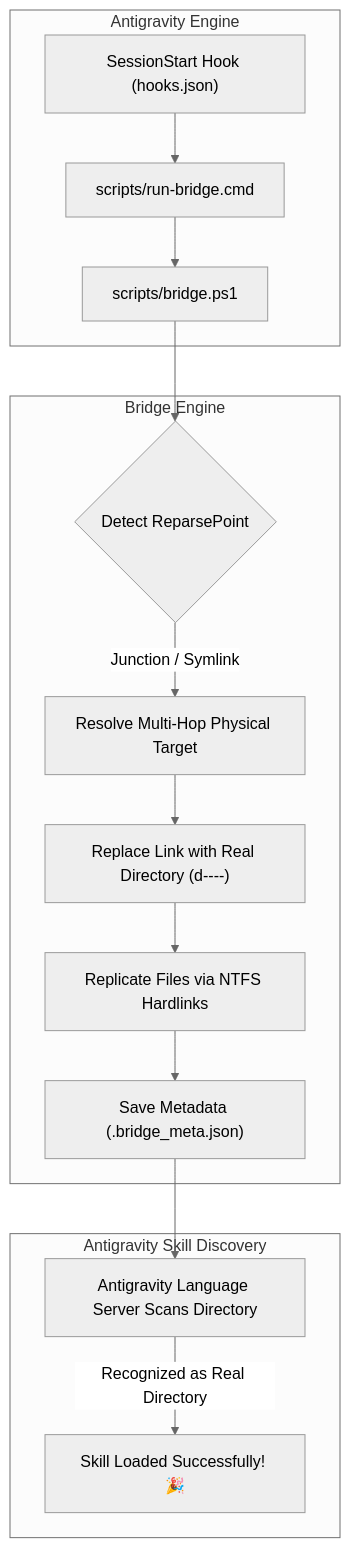
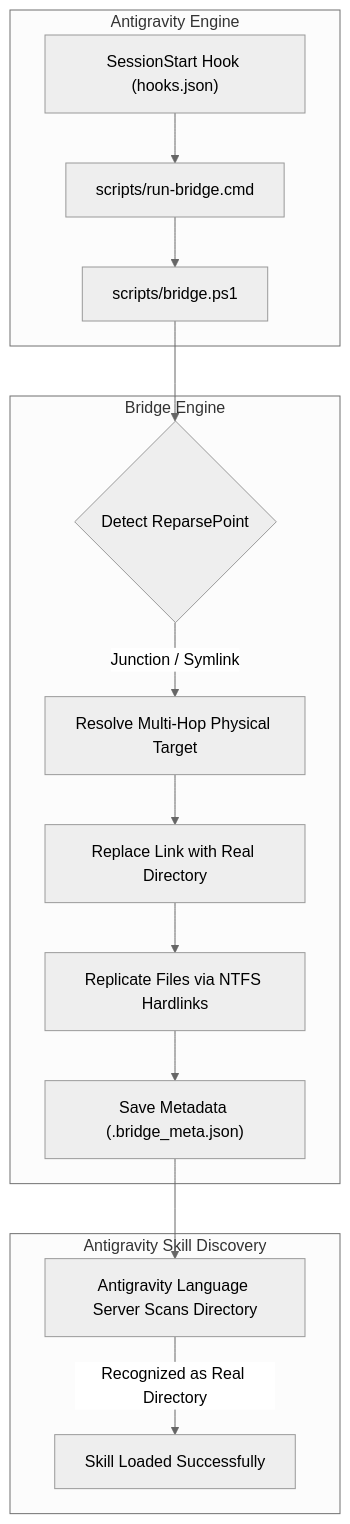
Before and after one commit to wllzhang/antigravity-junction-skill-fix: the diagram in README.md, drawn with Mermaid (neutral theme). The commit also changed 1 other file, not shown here.

Commit message:
fix(docs): move cross-subgraph Mermaid edges outside subgraphs and use explicit IDs for GitHub rendering

````diff
--- a/README.md
+++ b/README.md
@@ -29,20 +29,21 @@
 ```mermaid
 flowchart TD
-    subgraph Antigravity Engine
+    subgraph engine ["Antigravity Engine"]
         A["SessionStart Hook (hooks.json)"] --> B["scripts/run-bridge.cmd"]
         B --> C["scripts/bridge.ps1"]
     end
 
-    subgraph Bridge Engine
-        C --> D{"Detect ReparsePoint"}
-        D -->|"Junction / Symlink"| E["Resolve Multi-Hop Physical Target"]
-        E --> F["Replace Link with Real Directory (d----)"]
+    subgraph bridge ["Bridge Engine"]
+        D{"Detect ReparsePoint"} -->|"Junction / Symlink"| E["Resolve Multi-Hop Physical Target"]
+        E --> F["Replace Link with Real Directory"]
         F --> G["Replicate Files via NTFS Hardlinks"]
         G --> H["Save Metadata (.bridge_meta.json)"]
     end
 
-    subgraph Antigravity Skill Discovery
-        H --> I["Antigravity Language Server Scans Directory"]
-        I -->|"Recognized as Real Directory"| J["Skill Loaded Successfully! 🎉"]
+    subgraph discovery ["Antigravity Skill Discovery"]
+        I["Antigravity Language Server Scans Directory"] -->|"Recognized as Real Directory"| J["Skill Loaded Successfully"]
     end
+
+    C --> D
+    H --> I
 ```
````
